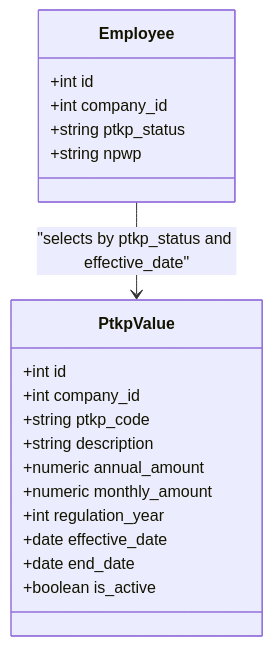
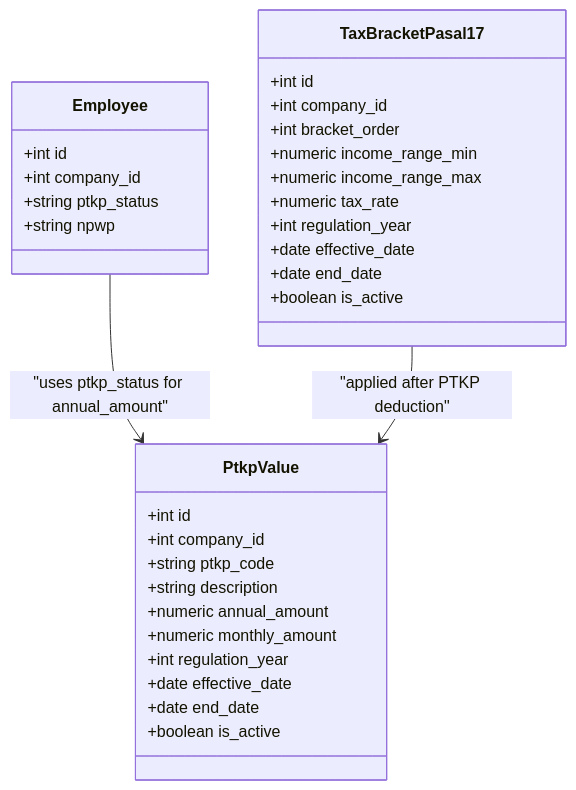
One commit to bikinaplikasipakeqoder-dot/payroll-hris changed the fourth of 7 diagrams in .qoder/repowiki/en/content/Tax Compliance.md. Above: the diagram before and after it, drawn with Mermaid. The commit also changed other lines of this file and 22 other files, not shown here.

````diff
--- a/.qoder/repowiki/en/content/Tax Compliance.md
+++ b/.qoder/repowiki/en/content/Tax Compliance.md
@@ -177,22 +219,35 @@
 ```mermaid
 classDiagram
 class PtkpValue {
 +int id
 +int company_id
 +string ptkp_code
 +string description
 +numeric annual_amount
 +numeric monthly_amount
 +int regulation_year
 +date effective_date
 +date end_date
 +boolean is_active
 }
 class Employee {
 +int id
 +int company_id
 +string ptkp_status
 +string npwp
 }
-Employee --> PtkpValue : "selects by ptkp_status and effective_date"
+class TaxBracketPasal17 {
++int id
++int company_id
++int bracket_order
++numeric income_range_min
++numeric income_range_max
++numeric tax_rate
++int regulation_year
++date effective_date
++date end_date
++boolean is_active
+}
+Employee --> PtkpValue : "uses ptkp_status for annual_amount"
+TaxBracketPasal17 --> PtkpValue : "applied after PTKP deduction"
 ```
````
